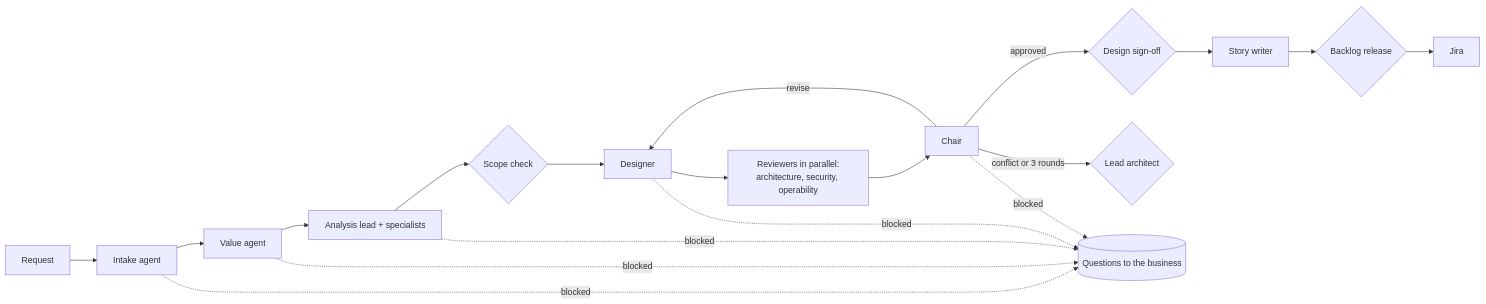
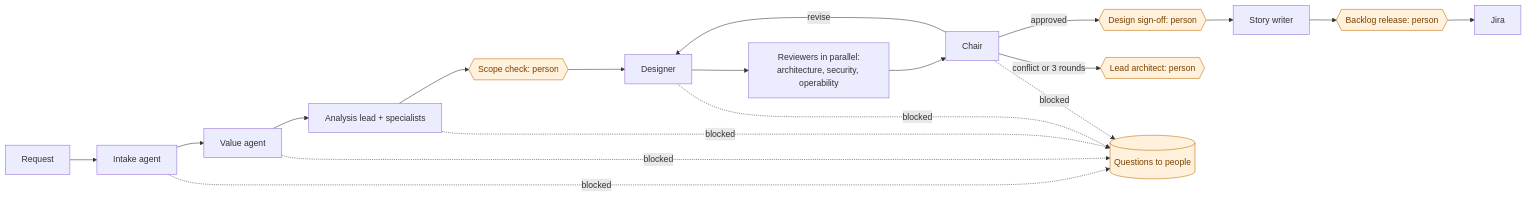
One commit to garghe/idea-agents changed the first of 5 diagrams in README.md. Above: the diagram before and after it, drawn with Mermaid. The commit also changed other lines of this file and 1 other file, not shown here.

First line of the commit message:
README: lead with the agentic platform and where people are in the loop

````diff
--- a/README.md
+++ b/README.md
@@ -12,17 +32,19 @@
 ```mermaid
 flowchart LR
     R[Request] --> I[Intake agent]
     I --> V[Value agent]
     V --> A[Analysis lead + specialists]
-    A --> G1{Scope check}
+    A --> G1{{Scope check: person}}
     G1 --> D[Designer]
     D --> P[Reviewers in parallel:<br/>architecture, security, operability]
     P --> C[Chair]
     C -- revise --> D
-    C -- approved --> G2{Design sign-off}
-    C -- conflict or 3 rounds --> E{Lead architect}
+    C -- approved --> G2{{Design sign-off: person}}
+    C -- conflict or 3 rounds --> E{{Lead architect: person}}
     G2 --> S[Story writer]
-    S --> G3{Backlog release}
+    S --> G3{{Backlog release: person}}
     G3 --> J[Jira]
-    I & V & A & D & C -. blocked .-> Q[(Questions to the business)]
+    I & V & A & D & C -. blocked .-> Q[(Questions to people)]
+    classDef human fill:#FFF1DC,stroke:#C26A00,color:#7A4200
+    class G1,G2,G3,E,Q human
 ```
````
